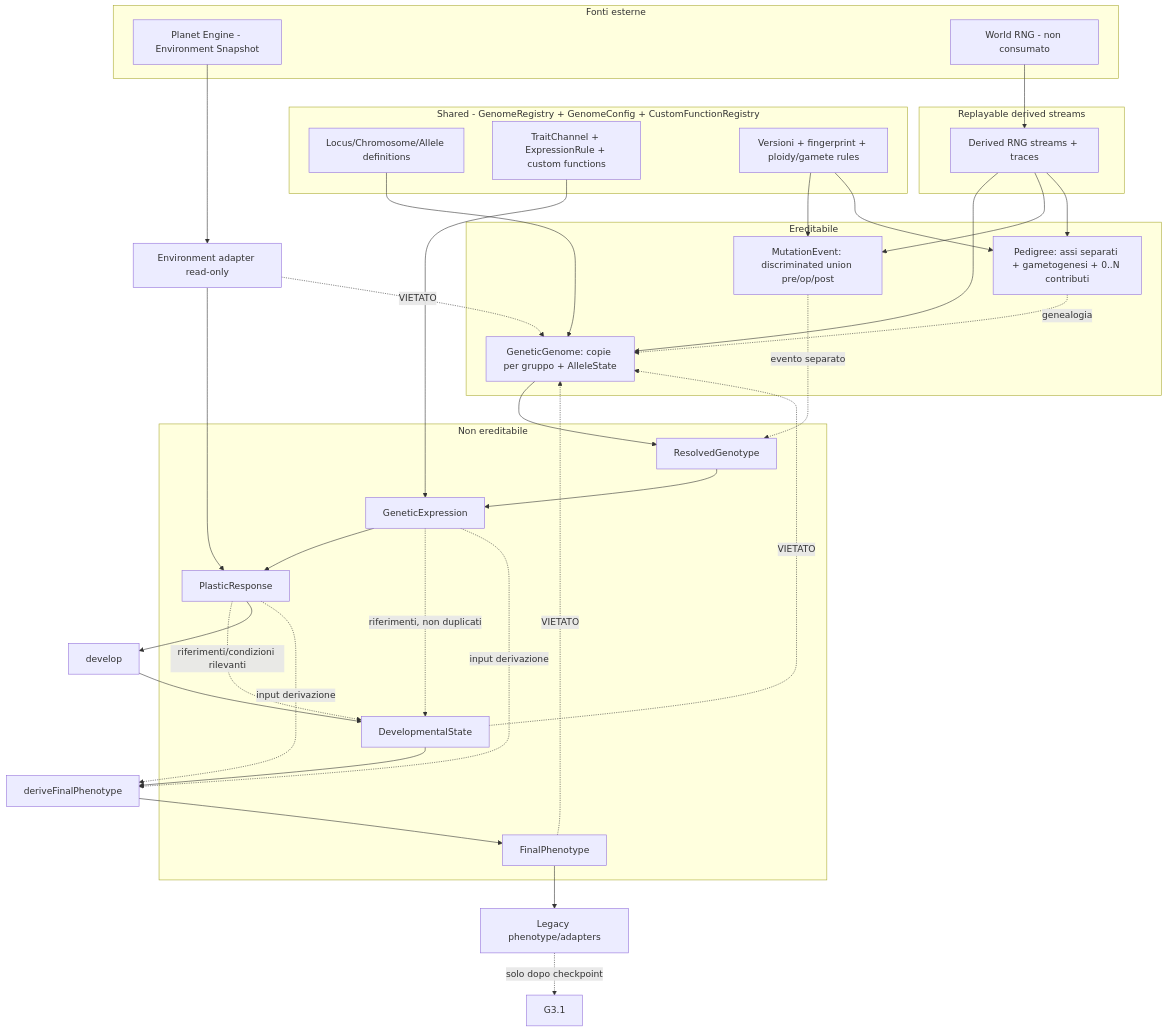
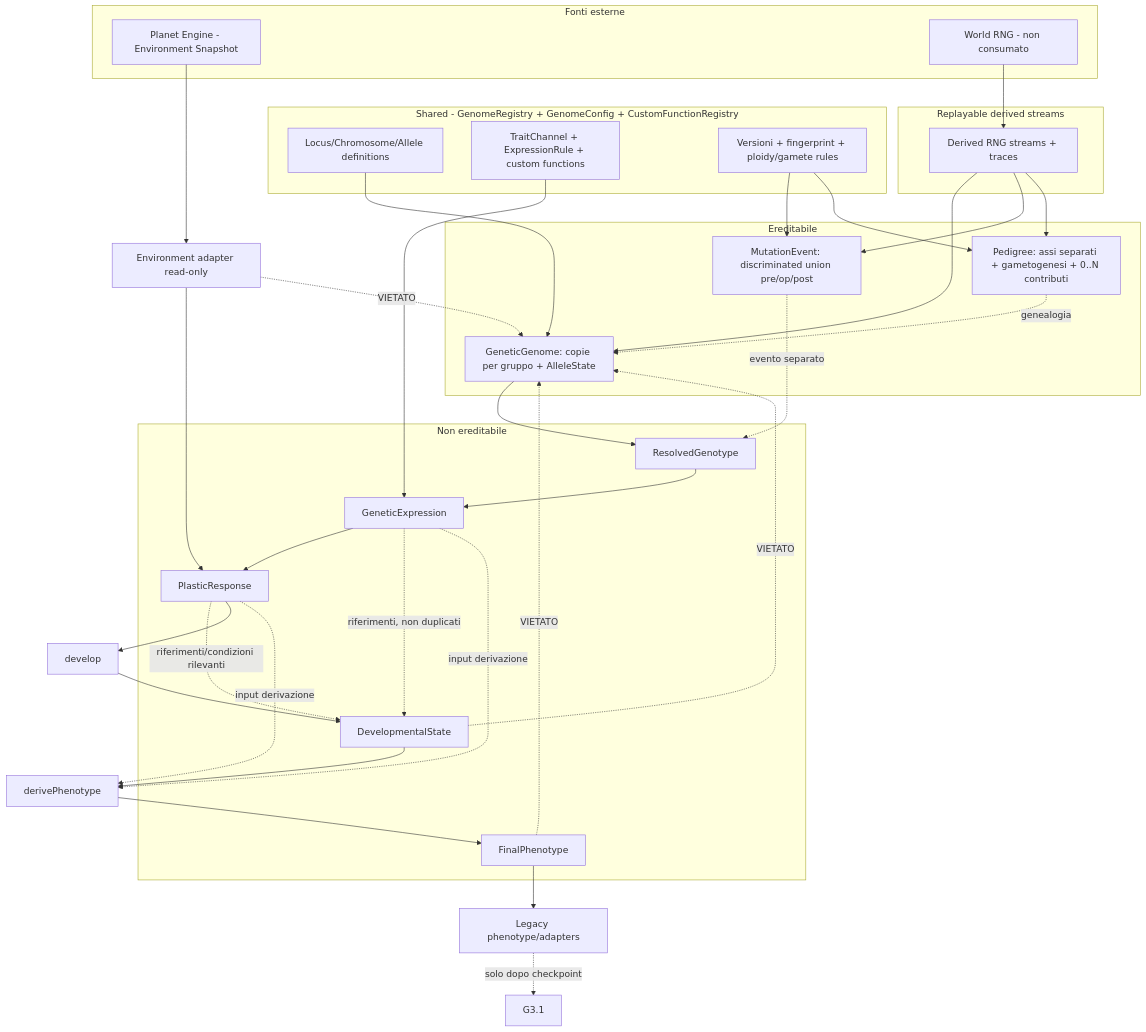
One commit to misteryone2/Evoworld changed the diagram in docs/genome/GENOME_ARCHITECTURE.md. Above: the diagram before and after it, drawn with Mermaid. The commit also changed other lines of this file and 6 other files, not shown here.

````diff
--- a/docs/genome/GENOME_ARCHITECTURE.md
+++ b/docs/genome/GENOME_ARCHITECTURE.md
@@ -236,59 +236,59 @@
 ```mermaid
 flowchart TD
     subgraph REG[Shared - GenomeRegistry + GenomeConfig + CustomFunctionRegistry]
         R1[Locus/Chromosome/Allele definitions]
         R2[TraitChannel + ExpressionRule + custom functions]
         R3[Versioni + fingerprint + ploidy/gamete rules]
     end
 
     subgraph SRC[Fonti esterne]
         PE[Planet Engine - Environment Snapshot]
         W[World RNG - non consumato]
     end
 
     subgraph RNG[Replayable derived streams]
         D[Derived RNG streams + traces]
     end
 
     subgraph HER[Ereditabile]
         G[GeneticGenome: copie per gruppo + AlleleState]
         M[MutationEvent: discriminated union pre/op/post]
         P[Pedigree: assi separati + gametogenesi + 0..N contributi]
     end
 
     subgraph PH[Non ereditabile]
         RG[ResolvedGenotype]
         GE[GeneticExpression]
         PR[PlasticResponse]
         DV[DevelopmentalState]
         FP[FinalPhenotype]
     end
 
     PE --> AD[Environment adapter read-only]
     AD --> PR
     W --> D
     D --> G
     D --> M
     D --> P
     R1 --> G
     R2 --> GE
     R3 --> M
     R3 --> P
     G --> RG --> GE --> PR
     GE -. riferimenti, non duplicati .-> DV
     PR -. riferimenti/condizioni rilevanti .-> DV
     PR --> DVPROC[develop]
     DVPROC --> DV
-    DV --> FPROC[deriveFinalPhenotype]
+    DV --> FPROC[derivePhenotype]
     GE -. input derivazione .-> FPROC
     PR -. input derivazione .-> FPROC
     FPROC --> FP
     M -. evento separato .-> RG
     P -. genealogia .-> G
     FP --> LEG[Legacy phenotype/adapters]
     LEG -. solo dopo checkpoint .-> G31[G3.1]
 
     AD -. VIETATO .-> G
     DV -. VIETATO .-> G
     FP -. VIETATO .-> G
 ```
````
